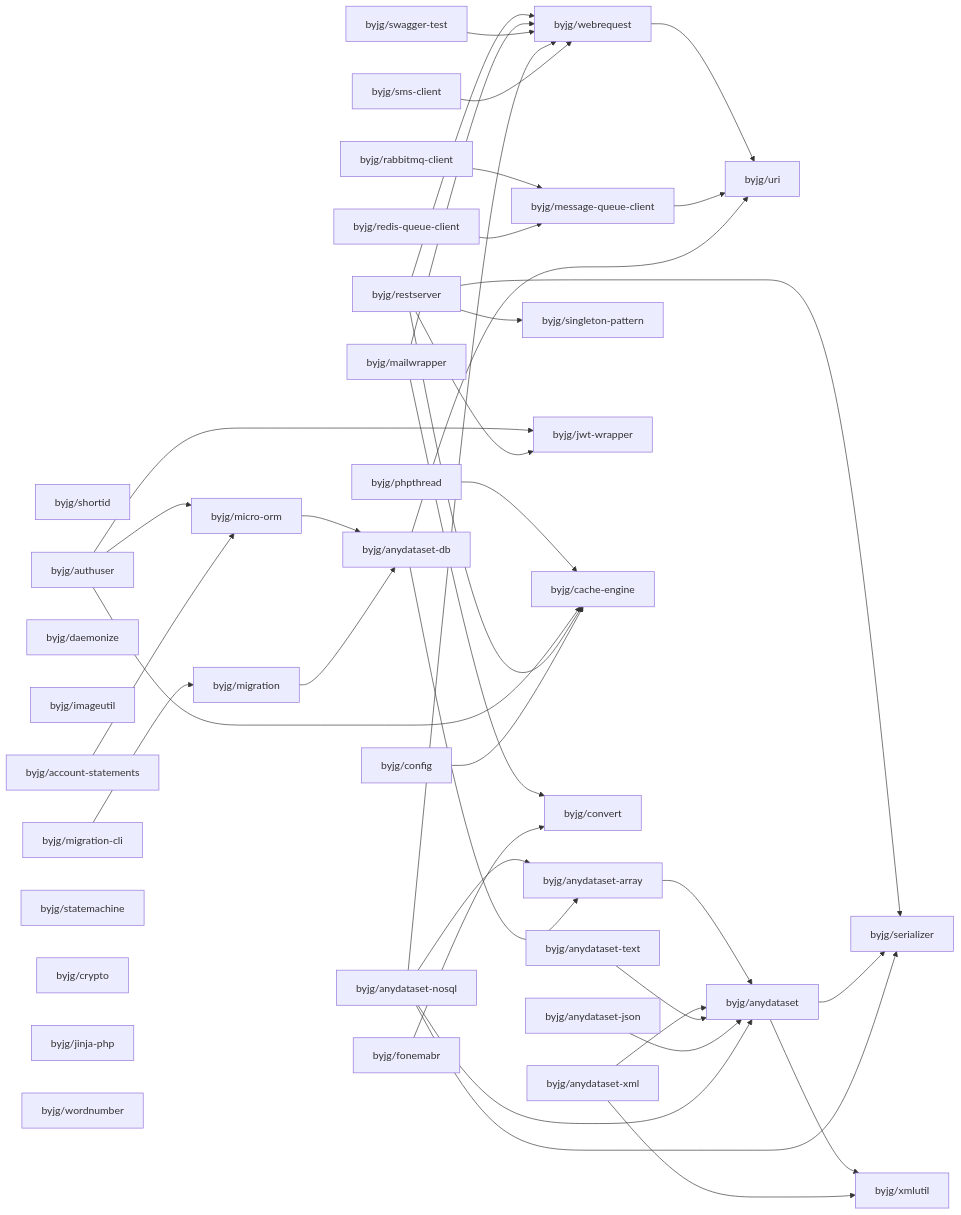
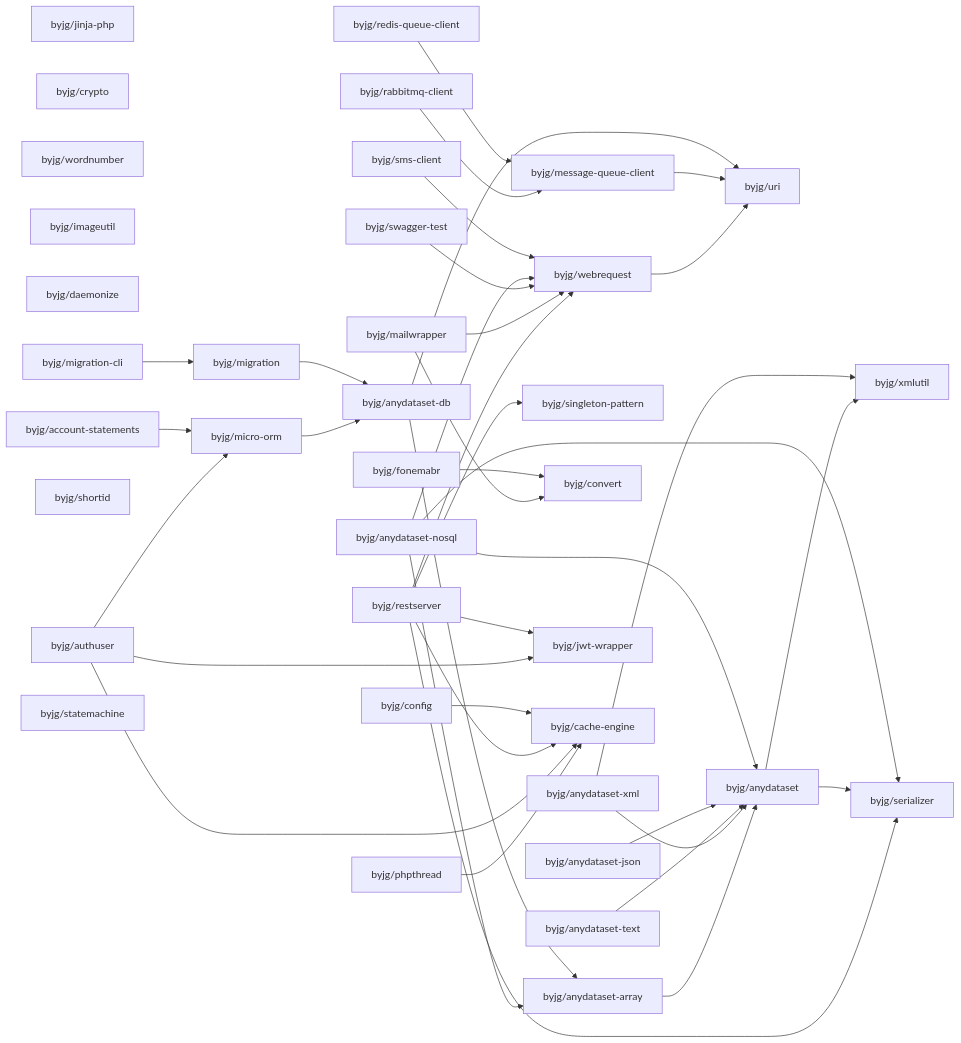
The diagram in docs/php/README.md (byjg/byjg.github.io), drawn with Mermaid before and after one commit. The commit also changed other lines of this file and 3 other files, not shown here.

Commit message:
Update documentation 'php' 'php-config'

````diff
--- a/docs/php/README.md
+++ b/docs/php/README.md
@@ -3,76 +3,76 @@
 ```mermaid
 graph LR;
   byjg/redis-queue-client;
+  byjg/restserver;
+  byjg/jinja-php;
+  byjg/crypto;
+  byjg/swagger-test;
+  byjg/config;
+  byjg/wordnumber;
+  byjg/rabbitmq-client;
+  byjg/fonemabr;
+  byjg/anydataset-text;
+  byjg/mailwrapper;
+  byjg/anydataset-json;
+  byjg/anydataset-nosql;
+  byjg/sms-client;
+  byjg/imageutil;
+  byjg/daemonize;
+  byjg/authuser;
+  byjg/anydataset-xml;
+  byjg/migration-cli;
   byjg/shortid;
-  byjg/rabbitmq-client;
-  byjg/config;
-  byjg/migration-cli;
-  byjg/anydataset-nosql;
-  byjg/daemonize;
-  byjg/imageutil;
-  byjg/fonemabr;
-  byjg/restserver;
-  byjg/authuser;
   byjg/account-statements;
   byjg/phpthread;
-  byjg/sms-client;
-  byjg/mailwrapper;
-  byjg/anydataset-json;
   byjg/statemachine;
-  byjg/swagger-test;
-  byjg/crypto;
-  byjg/anydataset-text;
-  byjg/jinja-php;
-  byjg/anydataset-xml;
-  byjg/wordnumber;
+  byjg/singleton-pattern;
   byjg/message-queue-client;
+  byjg/convert;
+  byjg/webrequest;
+  byjg/jwt-wrapper;
   byjg/migration;
-  byjg/singleton-pattern;
-  byjg/jwt-wrapper;
   byjg/micro-orm;
   byjg/cache-engine;
-  byjg/convert;
-  byjg/webrequest;
   byjg/anydataset-db;
   byjg/anydataset-array;
   byjg/uri;
   byjg/anydataset;
   byjg/serializer;
   byjg/xmlutil;
   byjg/phpthread --> byjg/cache-engine;
   byjg/micro-orm --> byjg/anydataset-db;
   byjg/authuser --> byjg/micro-orm;
   byjg/authuser --> byjg/cache-engine;
   byjg/authuser --> byjg/jwt-wrapper;
   byjg/anydataset-array --> byjg/anydataset;
   byjg/restserver --> byjg/serializer;
   byjg/restserver --> byjg/singleton-pattern;
   byjg/restserver --> byjg/cache-engine;
   byjg/restserver --> byjg/webrequest;
   byjg/restserver --> byjg/jwt-wrapper;
   byjg/mailwrapper --> byjg/convert;
   byjg/mailwrapper --> byjg/webrequest;
   byjg/swagger-test --> byjg/webrequest;
   byjg/migration --> byjg/anydataset-db;
   byjg/account-statements --> byjg/micro-orm;
   byjg/anydataset --> byjg/serializer;
   byjg/anydataset --> byjg/xmlutil;
   byjg/fonemabr --> byjg/convert;
   byjg/anydataset-xml --> byjg/anydataset;
   byjg/anydataset-xml --> byjg/xmlutil;
   byjg/webrequest --> byjg/uri;
   byjg/config --> byjg/cache-engine;
   byjg/migration-cli --> byjg/migration;
   byjg/anydataset-text --> byjg/anydataset;
   byjg/message-queue-client --> byjg/uri;
   byjg/anydataset-json --> byjg/anydataset;
   byjg/anydataset-nosql --> byjg/anydataset;
   byjg/anydataset-nosql --> byjg/anydataset-array;
   byjg/anydataset-nosql --> byjg/serializer;
   byjg/anydataset-nosql --> byjg/webrequest;
   byjg/anydataset-db --> byjg/anydataset-array;
   byjg/anydataset-db --> byjg/uri;
   byjg/rabbitmq-client --> byjg/message-queue-client;
   byjg/redis-queue-client --> byjg/message-queue-client;
   byjg/sms-client --> byjg/webrequest;
 ```
````
